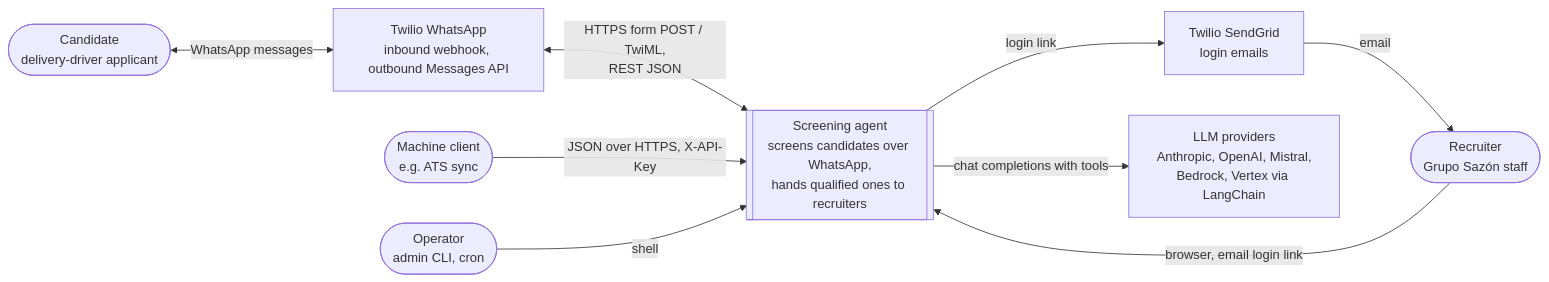
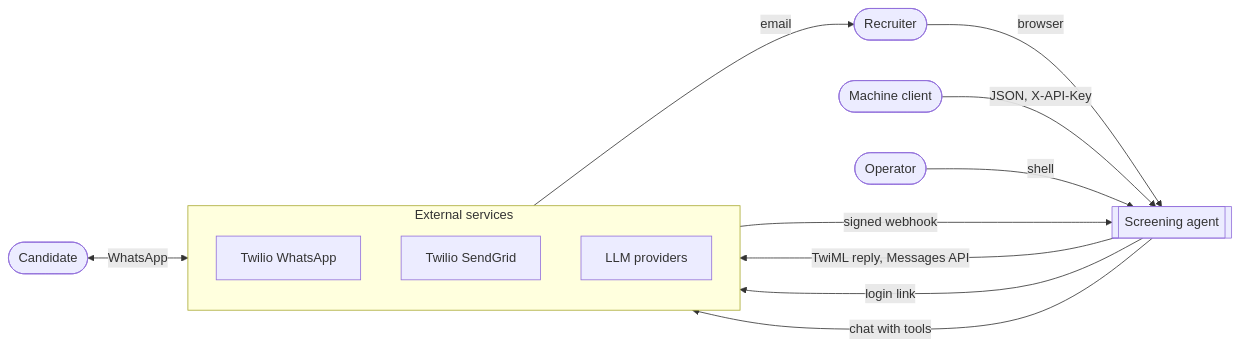
One commit to bumblB33/grupo-sazon-recruiting changed the first of 5 diagrams in README.md. Above: the diagram before and after it, drawn with Mermaid. The commit also changed other lines of this file, not shown here.

First line of the commit message:
Split README architecture diagrams and fix container edges

````diff
--- a/README.md
+++ b/README.md
@@ -101,22 +101,26 @@
 ```mermaid
 flowchart LR
-    candidate([Candidate<br/>delivery-driver applicant])
-    recruiter([Recruiter<br/>Grupo Sazón staff])
-    machine([Machine client<br/>e.g. ATS sync])
-    operator([Operator<br/>admin CLI, cron])
+    candidate([Candidate])
+    recruiter([Recruiter])
+    machine([Machine client])
+    operator([Operator])
 
-    system[[Screening agent<br/>screens candidates over WhatsApp,<br/>hands qualified ones to recruiters]]
+    system[[Screening agent]]
 
-    twilio[Twilio WhatsApp<br/>inbound webhook, outbound Messages API]
-    sendgrid[Twilio SendGrid<br/>login emails]
-    llm[LLM providers<br/>Anthropic, OpenAI, Mistral,<br/>Bedrock, Vertex via LangChain]
+    subgraph external [External services]
+        direction TB
+        twilio[Twilio WhatsApp]
+        sendgrid[Twilio SendGrid]
+        llm[LLM providers]
+    end
 
-    candidate <-->|WhatsApp messages| twilio
-    twilio <-->|HTTPS form POST / TwiML,<br/>REST JSON| system
-    recruiter -->|browser, email login link| system
+    candidate <-->|WhatsApp| twilio
+    twilio -->|signed webhook| system
+    system -->|TwiML reply, Messages API| twilio
+    recruiter -->|browser| system
     system -->|login link| sendgrid
     sendgrid -->|email| recruiter
-    machine -->|JSON over HTTPS, X-API-Key| system
+    machine -->|JSON, X-API-Key| system
     operator -->|shell| system
-    system -->|chat completions with tools| llm
+    system -->|chat with tools| llm
 ```
````
